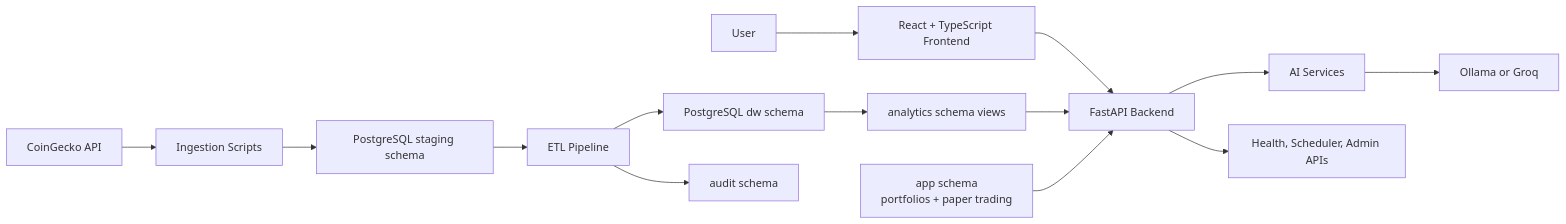
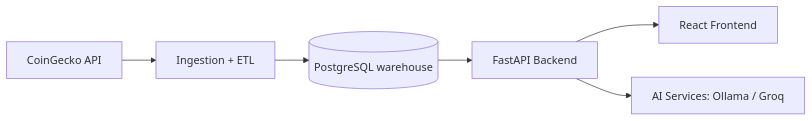
The diagram in README.md (oxSTERBENxo/CryptoMarketWarehouse), drawn with Mermaid before and after one commit. The commit also changed other lines of this file, not shown here.

````diff
--- a/README.md
+++ b/README.md
@@ -87,20 +33,8 @@
 ```mermaid
 flowchart LR
-    U[User] --> FE[React + TypeScript Frontend]
-    FE --> API[FastAPI Backend]
-
-    CG[CoinGecko API] --> ING[Ingestion Scripts]
-    ING --> STG[PostgreSQL staging schema]
-    STG --> ETL[ETL Pipeline]
-    ETL --> DW[PostgreSQL dw schema]
-    ETL --> AUD[audit schema]
-
-    DW --> AN[analytics schema views]
-    AN --> API
-    APP[app schema<br/>portfolios + paper trading] --> API
-
-    API --> AIS[AI Services]
-    AIS --> AIP[Ollama or Groq]
-
-    API --> OPS[Health, Scheduler, Admin APIs]
+    CG[CoinGecko API] --> ETL[Ingestion + ETL]
+    ETL --> DW[(PostgreSQL warehouse)]
+    DW --> API[FastAPI Backend]
+    API --> FE[React Frontend]
+    API --> AI[AI Services: Ollama / Groq]
 ```
````
